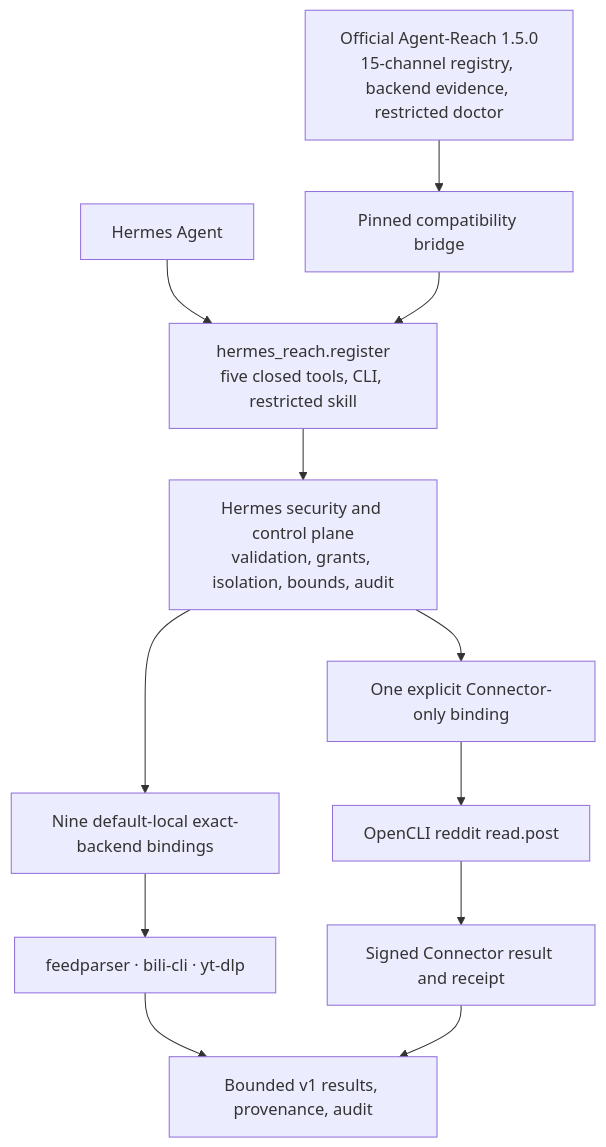
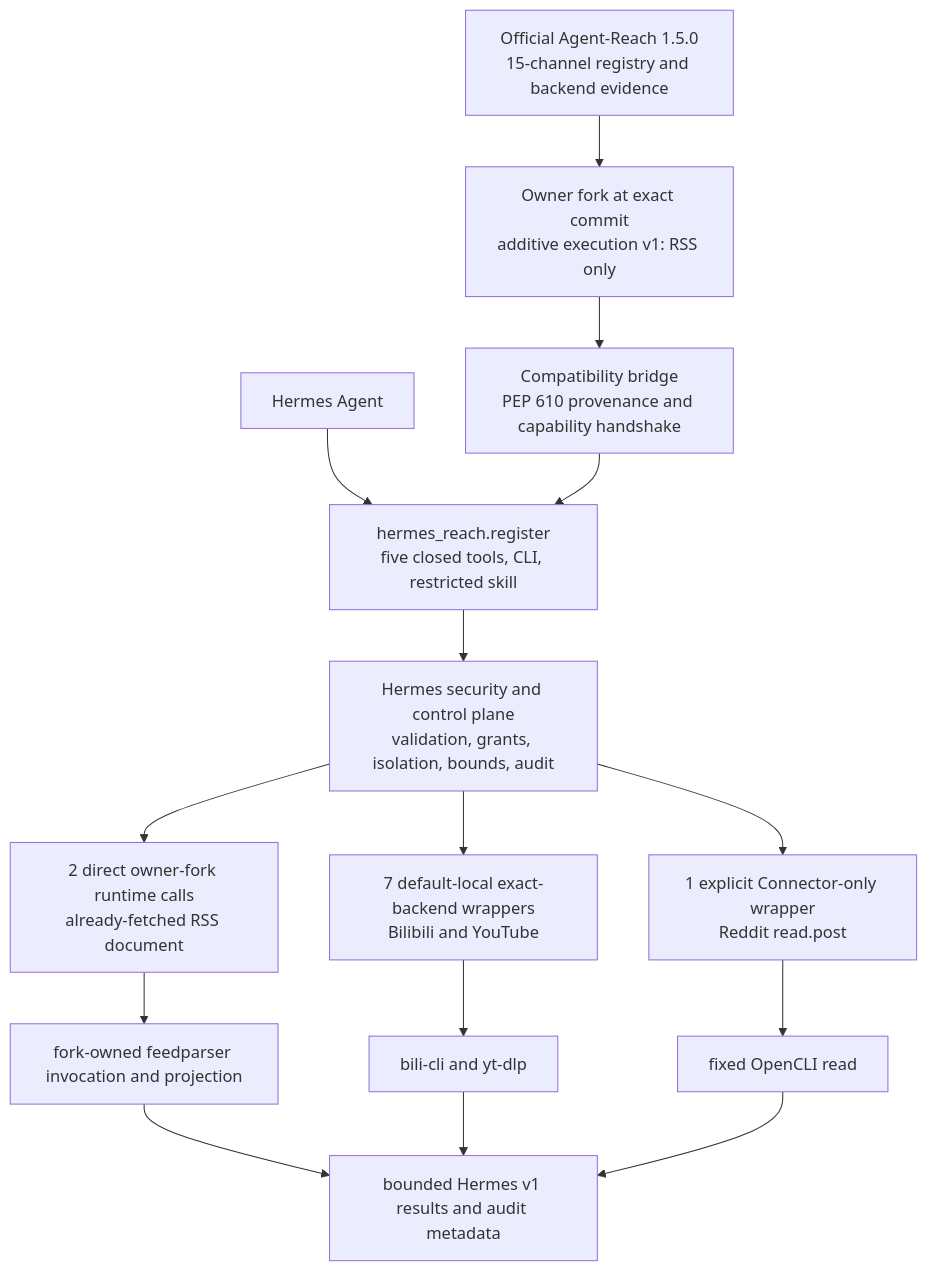
Before and after one commit to izumi0uu/hermes-reach: the diagram in docs/agent-reach-plugin-boundary.md, drawn with Mermaid. The commit also changed other lines of this file and 16 other files, not shown here.

Commit message:
docs(agent-reach): freeze owner-fork execution boundary

````diff
--- a/docs/agent-reach-plugin-boundary.md
+++ b/docs/agent-reach-plugin-boundary.md
@@ -14,14 +23,17 @@
 ```mermaid
 flowchart TD
+    Official["Official Agent-Reach 1.5.0<br/>15-channel registry and backend evidence"] --> Fork["Owner fork at exact commit<br/>additive execution v1: RSS only"]
+    Fork --> Bridge["Compatibility bridge<br/>PEP 610 provenance and capability handshake"]
     Hermes["Hermes Agent"] --> Entry["hermes_reach.register<br/>five closed tools, CLI, restricted skill"]
-    Official["Official Agent-Reach 1.5.0<br/>15-channel registry, backend evidence, restricted doctor"] --> Bridge["Pinned compatibility bridge"]
     Bridge --> Entry
     Entry --> Control["Hermes security and control plane<br/>validation, grants, isolation, bounds, audit"]
-    Control --> Local["Nine default-local exact-backend bindings"]
-    Control --> Remote["One explicit Connector-only binding"]
-    Local --> Backends["feedparser · bili-cli · yt-dlp"]
-    Remote --> OpenCLI["OpenCLI reddit read.post"]
-    Backends --> Results["Bounded v1 results, provenance, audit"]
-    OpenCLI --> Receipt["Signed Connector result and receipt"]
-    Receipt --> Results
+    Control --> RSS["2 direct owner-fork runtime calls<br/>already-fetched RSS document"]
+    Control --> Local["7 default-local exact-backend wrappers<br/>Bilibili and YouTube"]
+    Control --> Remote["1 explicit Connector-only wrapper<br/>Reddit read.post"]
+    RSS --> Feedparser["fork-owned feedparser invocation and projection"]
+    Local --> Backends["bili-cli and yt-dlp"]
+    Remote --> OpenCLI["fixed OpenCLI read"]
+    Feedparser --> Results["bounded Hermes v1 results and audit metadata"]
+    Backends --> Results
+    OpenCLI --> Results
 ```
````
